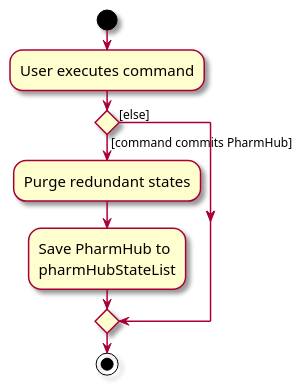
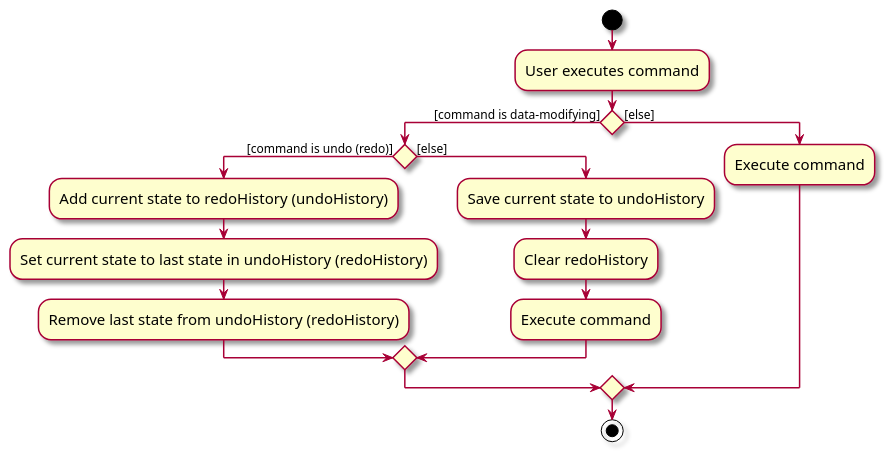
Before and after one commit to timetraveller-123/tp: the diagram in docs/diagrams/CommitActivityDiagram.puml, drawn with PlantUML. The commit also changed 16 other files, not shown here.

Commit message:
DG: Update Undo/redo feature

```diff
--- a/docs/diagrams/CommitActivityDiagram.puml
+++ b/docs/diagrams/CommitActivityDiagram.puml
@@ -1,18 +1,25 @@
 @startuml
 skin rose
 skinparam ActivityFontSize 15
 skinparam ArrowFontSize 12
 start
 :User executes command;
 
 'Since the beta syntax does not support placing the condition outside the
 'diamond we place it as the true branch instead.
 
-if () then ([command commits PharmHub])
-    :Purge redundant states;
-    :Save PharmHub to
-    pharmHubStateList;
+if () then ([command is data-modifying])
+    if () then ([command is undo (redo)])
+        :Add current state to redoHistory (undoHistory);
+        :Set current state to last state in undoHistory (redoHistory);
+        :Remove last state from undoHistory (redoHistory);
+    else ([else])
+        :Save current state to undoHistory;
+        :Clear redoHistory;
+        :Execute command;
+    endif
 else ([else])
+    :Execute command;
 endif
 stop
 @enduml
```
